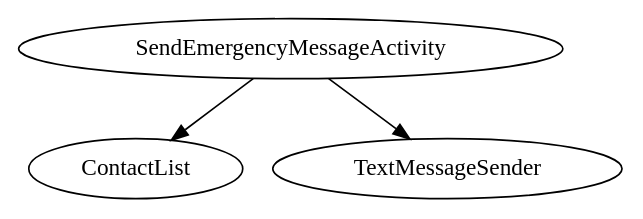
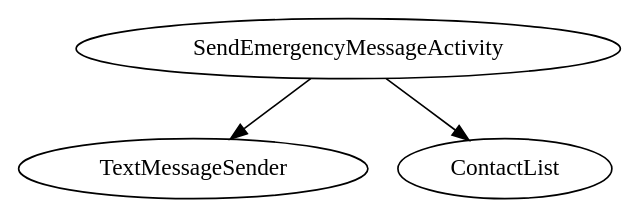
One commit to riis/ProgrammingChallengeAndroid changed the diagram in DisasterAppActivity/.apt_generated/com/riis/dagger/SendEmergencyMessageObjectGraph.dot. Above: the diagram before and after it, drawn with Graphviz. The commit also changed other lines of this file and 14 other files, not shown here.

```diff
--- a/DisasterAppActivity/.apt_generated/com/riis/dagger/SendEmergencyMessageObjectGraph.dot
+++ b/DisasterAppActivity/.apt_generated/com/riis/dagger/SendEmergencyMessageObjectGraph.dot
@@ -1,5 +1,5 @@
 digraph G1 {
   concentrate = true;
+  SendEmergencyMessageActivity -> TextMessageSender;
   SendEmergencyMessageActivity -> ContactList;
-  SendEmergencyMessageActivity -> TextMessageSender;
 }
```
